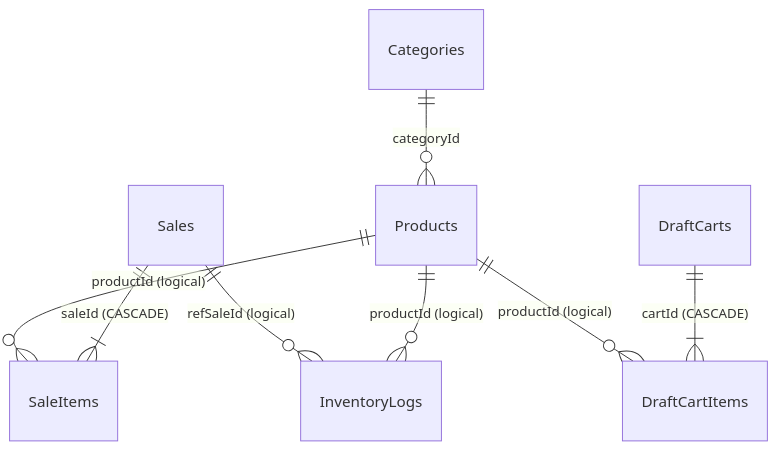
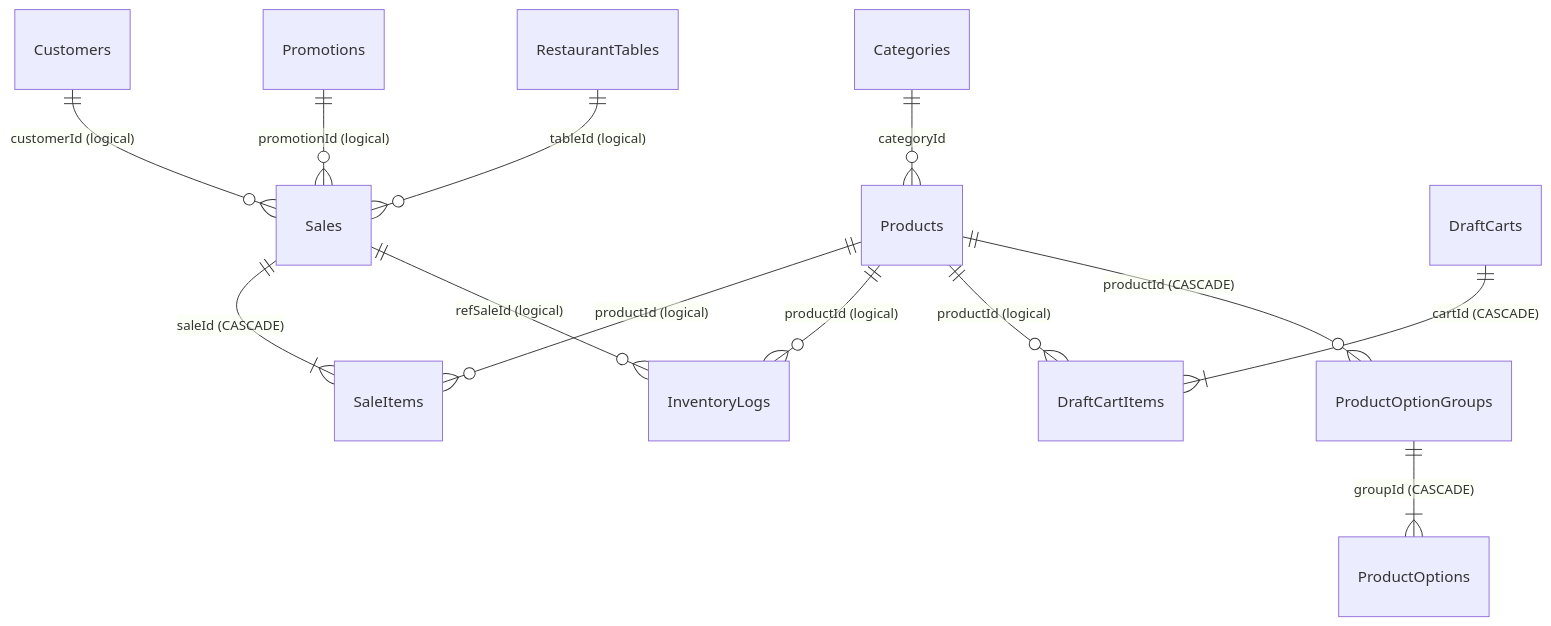
The diagram in docs/DATABASE.md (MN-Lizard-Team/promsell-pos-ce), drawn with Mermaid before and after one commit. The commit also changed other lines of this file and 154 other files, not shown here.

````diff
--- a/docs/DATABASE.md
+++ b/docs/DATABASE.md
@@ -25,10 +25,15 @@
 ```mermaid
 erDiagram
     Categories ||--o{ Products : "categoryId"
     Sales ||--|{ SaleItems : "saleId (CASCADE)"
     Products ||--o{ SaleItems : "productId (logical)"
     Products ||--o{ InventoryLogs : "productId (logical)"
     Sales ||--o{ InventoryLogs : "refSaleId (logical)"
     DraftCarts ||--|{ DraftCartItems : "cartId (CASCADE)"
     Products ||--o{ DraftCartItems : "productId (logical)"
+    Products ||--o{ ProductOptionGroups : "productId (CASCADE)"
+    ProductOptionGroups ||--|{ ProductOptions : "groupId (CASCADE)"
+    Customers ||--o{ Sales : "customerId (logical)"
+    Promotions ||--o{ Sales : "promotionId (logical)"
+    RestaurantTables ||--o{ Sales : "tableId (logical)"
 ```
````
